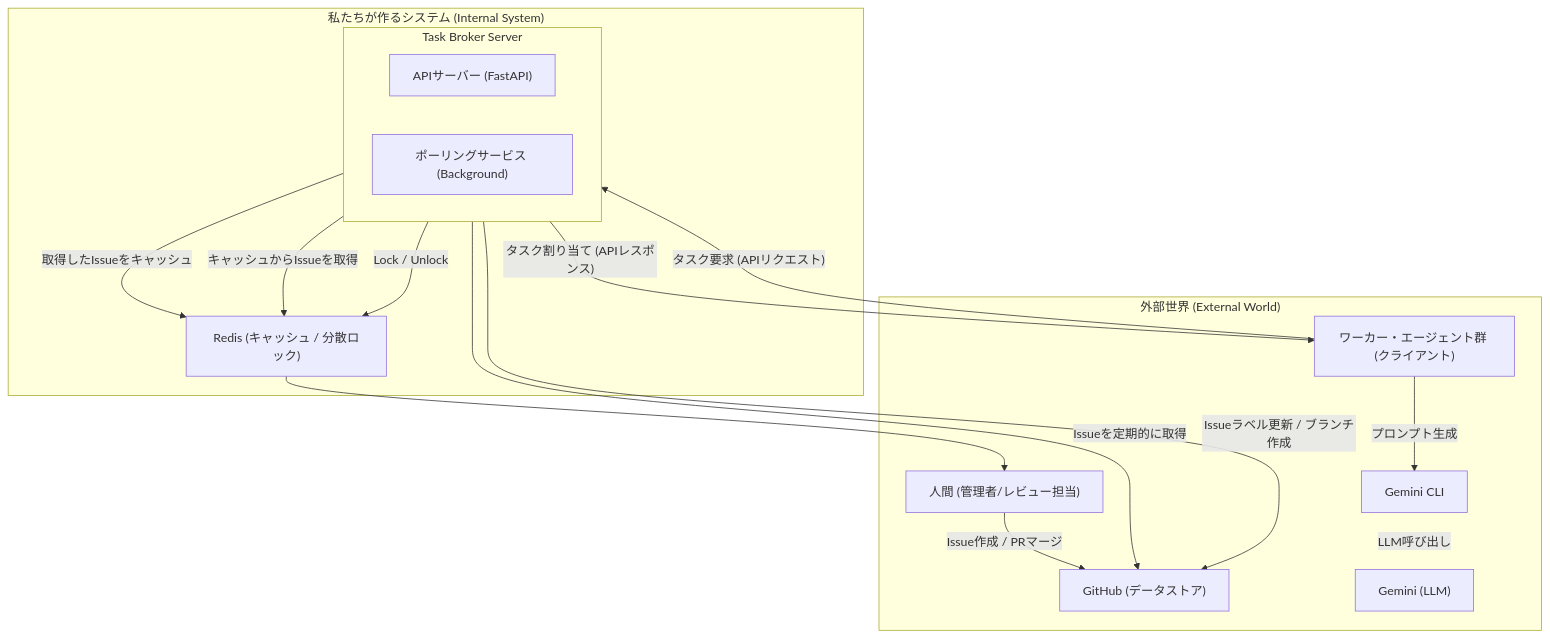
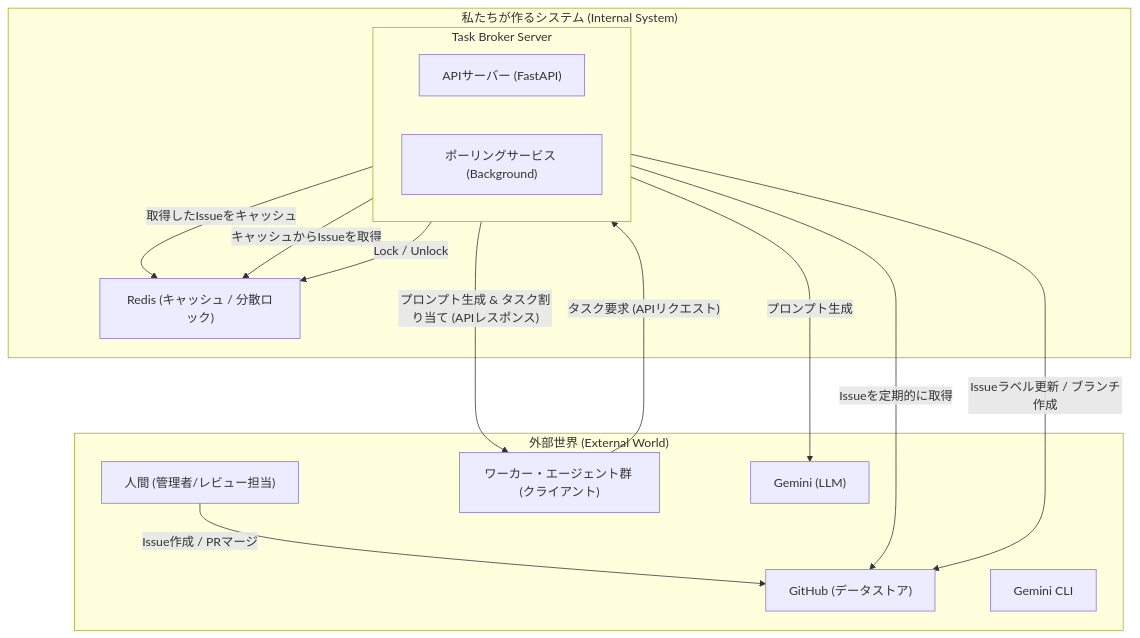
One commit to masa-codehub/github_broker changed the first of 2 diagrams in docs/architecture/system_context.md. Above: the diagram before and after it, drawn with Mermaid. The commit also changed other lines of this file and 2 other files, not shown here.

````diff
--- a/docs/architecture/system_context.md
+++ b/docs/architecture/system_context.md
@@ -33,43 +33,44 @@
 ```mermaid
 graph TD
     subgraph "私たちが作るシステム (Internal System)"
         subgraph "Task Broker Server"
             direction LR
             ApiServer["APIサーバー (FastAPI)"]
             PollingService["ポーリングサービス (Background)"]
         end
         Redis["Redis (キャッシュ / 分散ロック)"]
     end
 
     subgraph "外部世界 (External World)"
         Human["人間 (管理者/レビュー担当)"]
         Workers["ワーカー・エージェント群 (クライアント)"]
         GitHub["GitHub (データストア)"]
         GeminiCLI["Gemini CLI"]
         Gemini["Gemini (LLM)"]
     end
 
     %% システム間の連携
     Human -- "Issue作成 / PRマージ" --> GitHub
     
     %% ポーリングサービスの連携
     PollingService -- "Issueを定期的に取得" --> GitHub
     PollingService -- "取得したIssueをキャッシュ" --> Redis
 
     %% APIサーバーの連携
     ApiServer -- "Issueラベル更新 / ブランチ作成" --> GitHub
     ApiServer -- "キャッシュからIssueを取得" --> Redis
     ApiServer -- "Lock / Unlock" --> Redis
 
+    %% APIサーバーの連携
+    ApiServer -- "プロンプト生成" --> Gemini
+
     %% ワーカーとの連携
     Workers -- "タスク要求 (APIリクエスト)" --> ApiServer
-    ApiServer -- "タスク割り当て (APIレスポンス)" --> Workers
-    Workers -- "プロンプト生成" --> GeminiCLI
-    GeminiCLI -- "LLM呼び出し" --> Gemini
+    ApiServer -- "プロンプト生成 & タスク割り当て (APIレスポンス)" --> Workers
 
     %% ▼▼▼ ここから追加 ▼▼▼
     %% 上下のレイアウトを固定するための、見えないリンク
     Redis --> Human
     linkStyle 9 stroke-width:0px, stroke:transparent
     %% ▲▲▲ ここまで追加 ▲▲▲
 ```
````
